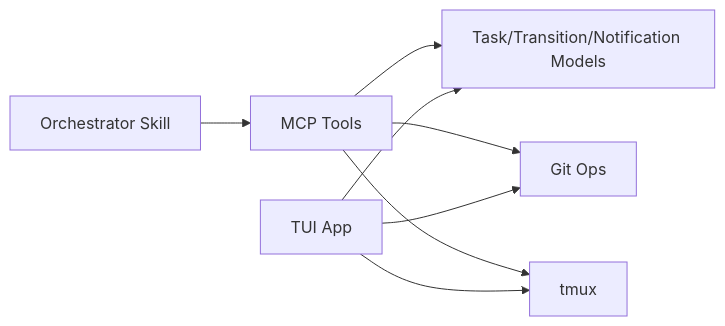
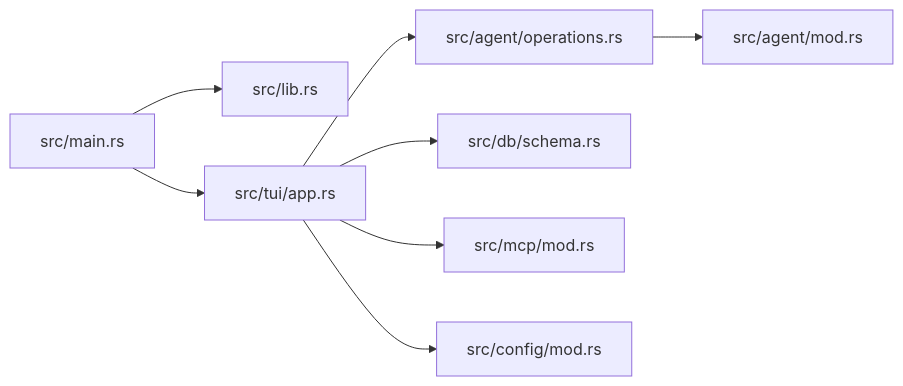
One commit to bramburn/agtx changed the ninth of 9 diagrams in .qoder/repowiki/en/content/Advanced Features/Advanced Features.md. Above: the diagram before and after it, drawn with Mermaid. The commit also changed other lines of this file and 140 other files, not shown here.

````diff
--- a/.qoder/repowiki/en/content/Advanced Features/Advanced Features.md
+++ b/.qoder/repowiki/en/content/Advanced Features/Advanced Features.md
@@ -289,10 +384,10 @@
 ```mermaid
 graph LR
-Orchestrator["Orchestrator Skill"] --> MCP["MCP Tools"]
-MCP --> DB["Task/Transition/Notification Models"]
-MCP --> GitOps["Git Ops"]
-MCP --> TmuxOps["tmux"]
-TUI["TUI App"] --> DB
-TUI --> TmuxOps
-TUI --> GitOps
+CLI["src/main.rs"] --> Flags["src/lib.rs"]
+CLI --> TUI["src/tui/app.rs"]
+TUI --> AgentOps["src/agent/operations.rs"]
+TUI --> DB["src/db/schema.rs"]
+TUI --> MCP["src/mcp/mod.rs"]
+TUI --> Config["src/config/mod.rs"]
+AgentOps --> AgentMeta["src/agent/mod.rs"]
 ```
````
